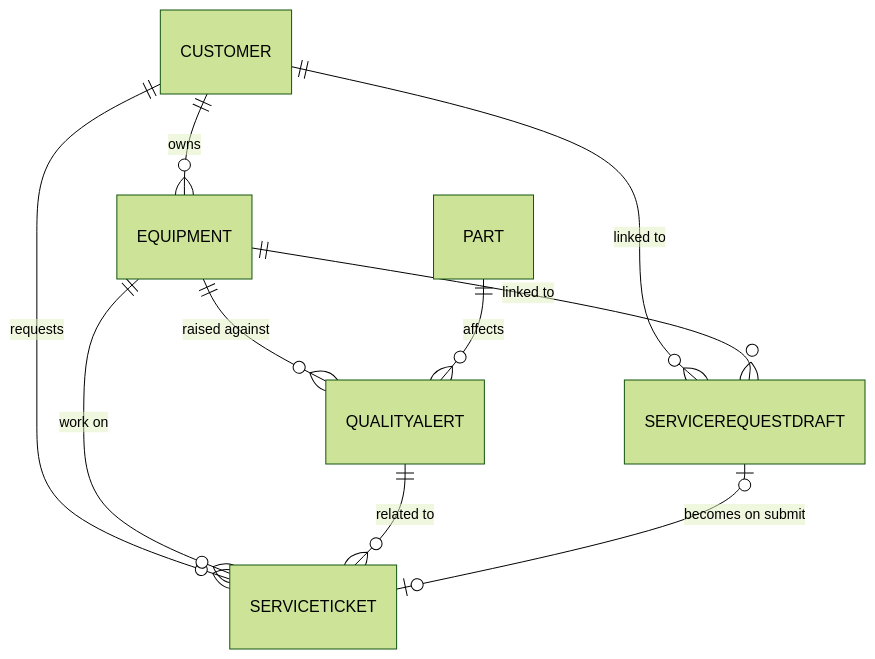
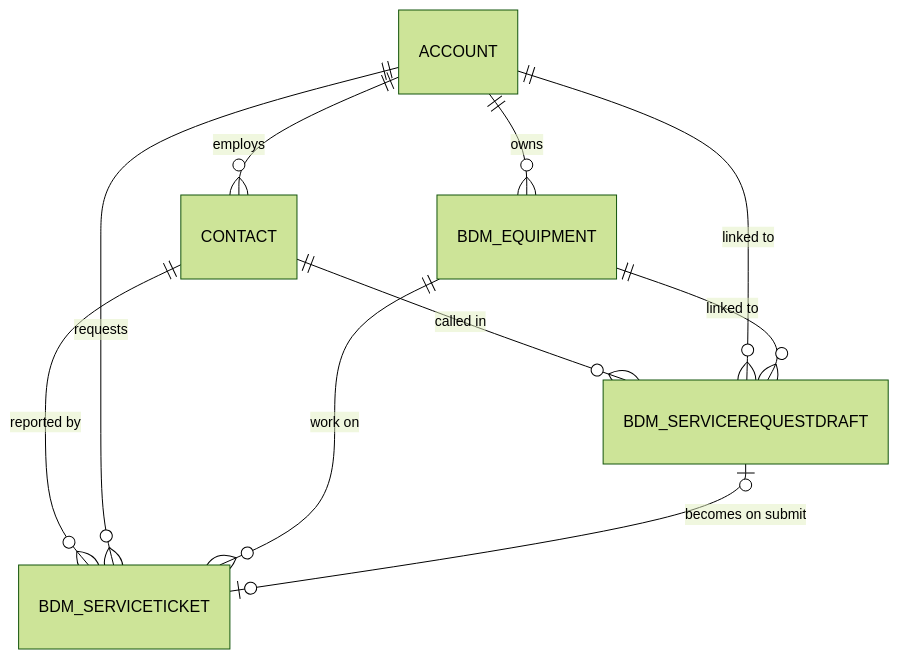
Before and after one commit to jmasengeshomsft/floorworks-live-intake: the diagram in docs/05-data-model.md, drawn with Mermaid (forest theme). The commit also changed other lines of this file and 44 other files, not shown here.

````diff
--- a/docs/05-data-model.md
+++ b/docs/05-data-model.md
@@ -8,12 +9,12 @@
 ```mermaid
 erDiagram
-    CUSTOMER ||--o{ EQUIPMENT : owns
-    CUSTOMER ||--o{ SERVICETICKET : requests
-    EQUIPMENT ||--o{ SERVICETICKET : "work on"
-    EQUIPMENT ||--o{ QUALITYALERT : "raised against"
-    PART ||--o{ QUALITYALERT : "affects"
-    QUALITYALERT ||--o{ SERVICETICKET : "related to"
-    CUSTOMER ||--o{ SERVICEREQUESTDRAFT : "linked to"
-    EQUIPMENT ||--o{ SERVICEREQUESTDRAFT : "linked to"
-    SERVICEREQUESTDRAFT |o--o| SERVICETICKET : "becomes on submit"
+    ACCOUNT ||--o{ CONTACT : employs
+    CONTACT ||--o{ BDM_SERVICEREQUESTDRAFT : "called in"
+    CONTACT ||--o{ BDM_SERVICETICKET : "reported by"
+    ACCOUNT ||--o{ BDM_EQUIPMENT : owns
+    ACCOUNT ||--o{ BDM_SERVICETICKET : requests
+    BDM_EQUIPMENT ||--o{ BDM_SERVICETICKET : "work on"
+    ACCOUNT ||--o{ BDM_SERVICEREQUESTDRAFT : "linked to"
+    BDM_EQUIPMENT ||--o{ BDM_SERVICEREQUESTDRAFT : "linked to"
+    BDM_SERVICEREQUESTDRAFT |o--o| BDM_SERVICETICKET : "becomes on submit"
 ```
````
